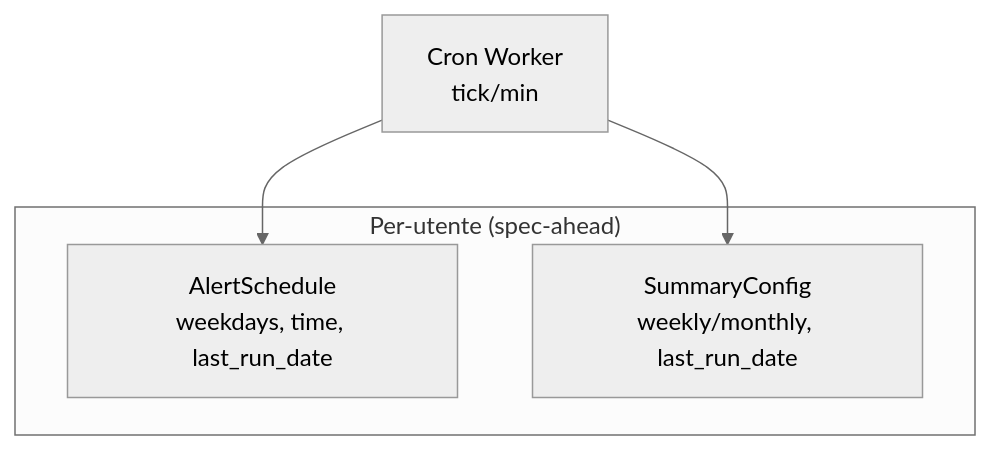
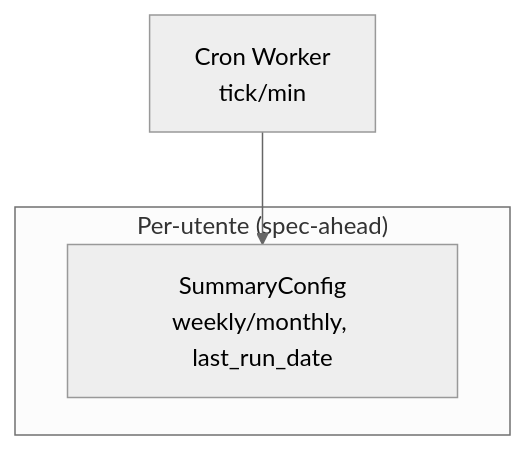
The diagram in docs-ita/4-capabilities/contracts/scheduling-models.md (caporalesimone/watch-em-all), drawn with Mermaid (neutral theme) before and after one commit. The commit also changed other lines of this file and 34 other files, not shown here.

````diff
--- a/docs-ita/4-capabilities/contracts/scheduling-models.md
+++ b/docs-ita/4-capabilities/contracts/scheduling-models.md
@@ -9,8 +9,7 @@
 ```mermaid
 flowchart TB
     subgraph USR["Per-utente (spec-ahead)"]
-        AS[AlertSchedule<br/>weekdays, time, last_run_date]
         SC[SummaryConfig<br/>weekly/monthly, last_run_date]
     end
-    CRON[Cron Worker<br/>tick/min] --> AS & SC
+    CRON[Cron Worker<br/>tick/min] --> SC
 ```
````
